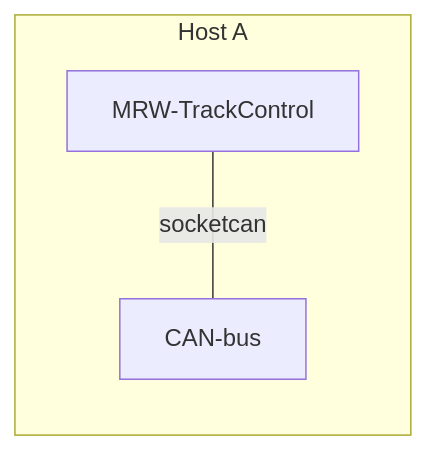
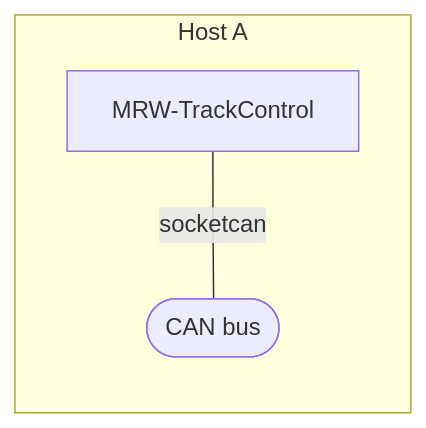
One commit to stmork/mrw-track-control-ng changed the first of 3 diagrams in track-control/README.md. Above: the diagram before and after it, drawn with Mermaid. The commit also changed other lines of this file, not shown here.

````diff
--- a/track-control/README.md
+++ b/track-control/README.md
@@ -72,6 +72,7 @@
 ```mermaid
 flowchart LR
 	subgraph Host A
-		MRW-TrackControl-- socketcan ---CAN-bus
+		can([CAN bus])
+		MRW-TrackControl-- socketcan ---can
 	end
 ```
````
